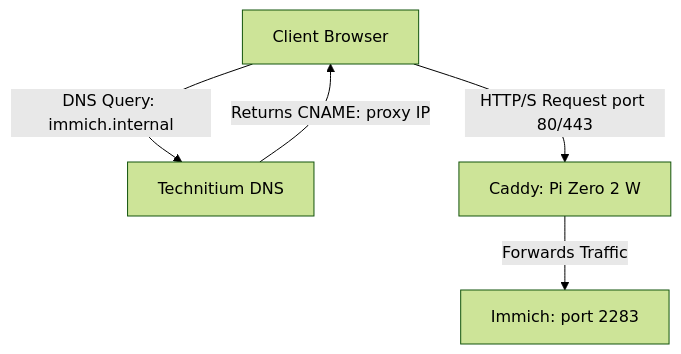
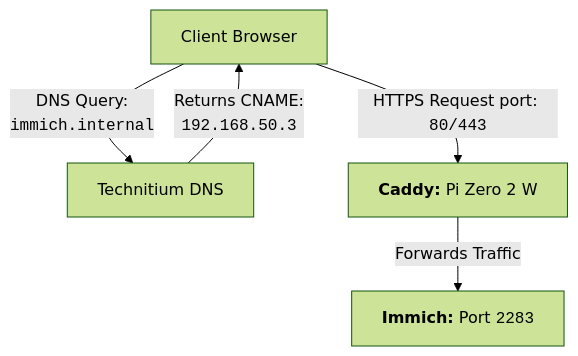
The diagram in docs/04_Change_Management/Reverse-Proxy.md (benhaube/network-portfolio), drawn with Mermaid (forest theme) before and after one commit. The commit also changed other lines of this file and 4 other files, not shown here.

````diff
--- a/docs/04_Change_Management/Reverse-Proxy.md
+++ b/docs/04_Change_Management/Reverse-Proxy.md
@@ -70,7 +71,7 @@
 ```mermaid { .pz-ignore }
 graph TD
-    User[Client Browser] -- "DNS Query: immich.internal" --> DNS[Technitium DNS]
-    DNS -- "Returns CNAME: proxy IP" --> User
-    User -- "HTTP/S Request port 80/443" --> Proxy[Caddy: Pi Zero 2 W]
-    Proxy -- "Forwards Traffic" --> App[Immich: port 2283]
+    User[Client Browser] -- "DNS Query:<br><code>immich.internal</code>" --> DNS[Technitium DNS]
+    DNS -- "Returns CNAME:<br><code>192.168.50.3</code>" --> User
+    User -- "HTTPS Request port: <code>80/443</code>" --> Proxy[<b>Caddy:</b> Pi Zero 2 W]
+    Proxy -- "Forwards Traffic" --> App[<b>Immich:</b> Port <code>2283</code>]
 ```
````
